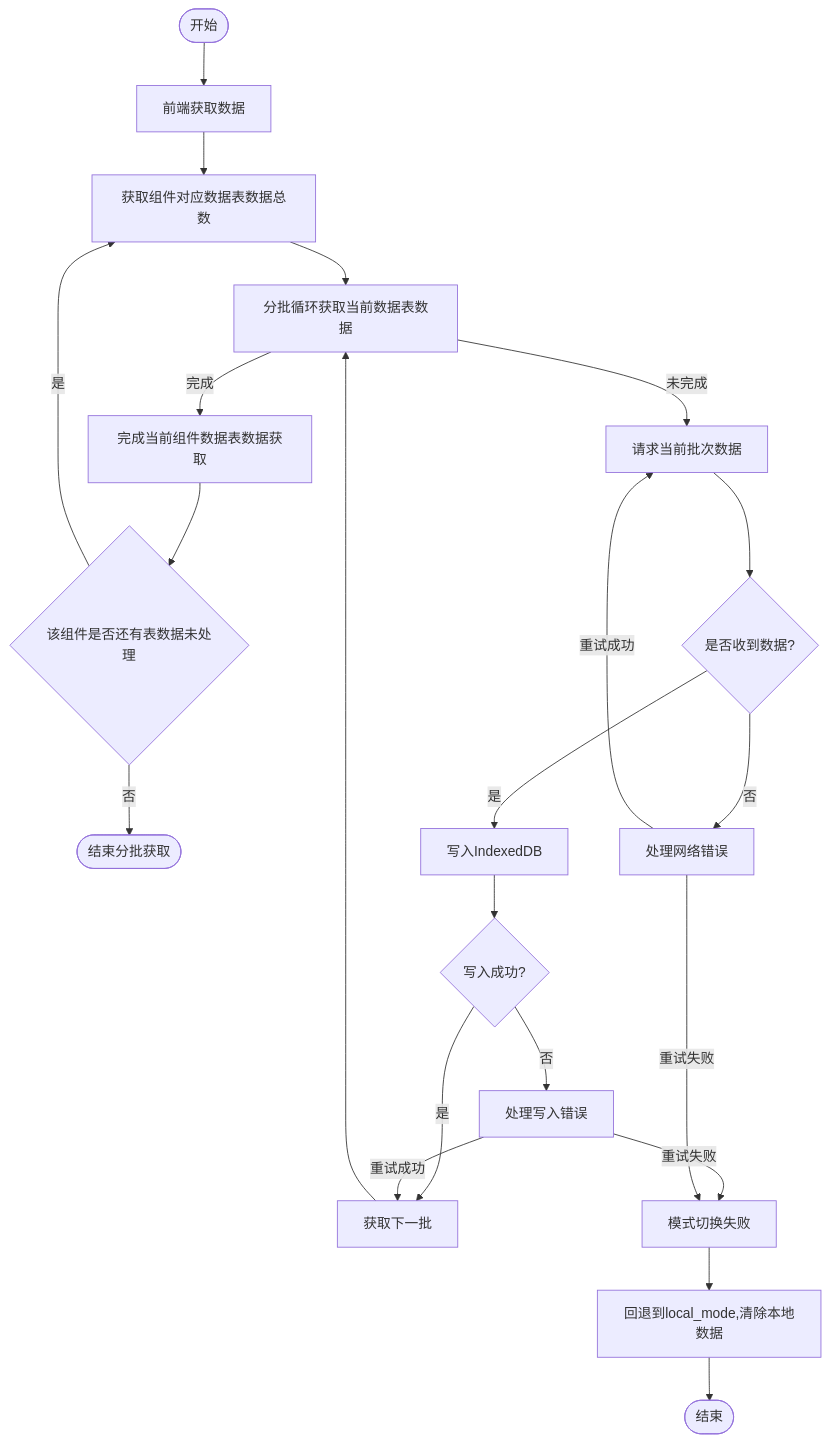
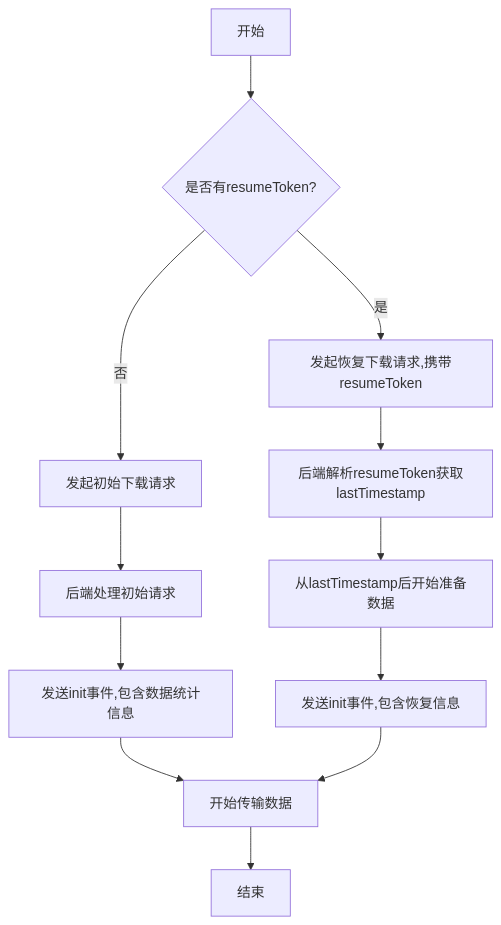
The diagram in all/未命名-59.md (yingjianzh/iodraw-files), drawn with Mermaid before and after one commit.

Commit message:
2025-05-14 15:14:55 update

````diff
--- a/all/未命名-59.md
+++ b/all/未命名-59.md
@@ -1,40 +1,17 @@
 ```mermaid
-
-
 flowchart TD
-    StartBatch([开始]) --> FrontSaveTimestamp[前端获取数据]
+    A[开始] --> B{是否有resumeToken?}
+    B -->|否| C[发起初始下载请求]
+    B -->|是| D[发起恢复下载请求,携带resumeToken]
     
-    FrontSaveTimestamp --> 
+    C --> E[后端处理初始请求]
+    D --> F[后端解析resumeToken获取lastTimestamp]
+    F --> G[从lastTimestamp后开始准备数据]
     
-    InitializeBatch[获取组件对应数据表数据总数]
-    InitializeBatch --> CheckBatchSize[分批循环获取当前数据表数据]
+    E --> H[发送init事件,包含数据统计信息]
+    G --> I[发送init事件,包含恢复信息]
     
-    CheckBatchSize -->|完成| BatchComplete[完成当前组件数据表数据获取]
-
-
-    BatchComplete --> HasNext{该组件是否还有表数据未处理}
-
-    HasNext --> |是| InitializeBatch
-    HasNext --> |否| EndBatch([结束分批获取])
-
-    
-    CheckBatchSize -->|未完成| RequestBatch[请求当前批次数据]
-    RequestBatch --> ReceiveBatch{是否收到数据?}
-    
-    ReceiveBatch -->|是| WriteToDB[写入IndexedDB]
-    
-    WriteToDB --> BatchSuccess{写入成功?}
-    BatchSuccess -->|是| NextBatch[获取下一批]
-    BatchSuccess -->|否| HandleError[处理写入错误]
-    HandleError -->|重试成功| NextBatch
-    HandleError -->|重试失败| ModeFailed[模式切换失败]
-    ModeFailed --> Abort[回退到local_mode,清除本地数据]
-    Abort --> End([结束])
-    
-    ReceiveBatch -->|否| HandleNetworkError[处理网络错误]
-    HandleNetworkError -->|重试成功| RequestBatch
-    HandleNetworkError -->|重试失败| ModeFailed
-    
-    NextBatch --> CheckBatchSize
-
+    H --> J[开始传输数据]
+    I --> J
+    J --> K[结束]
 ```
````
